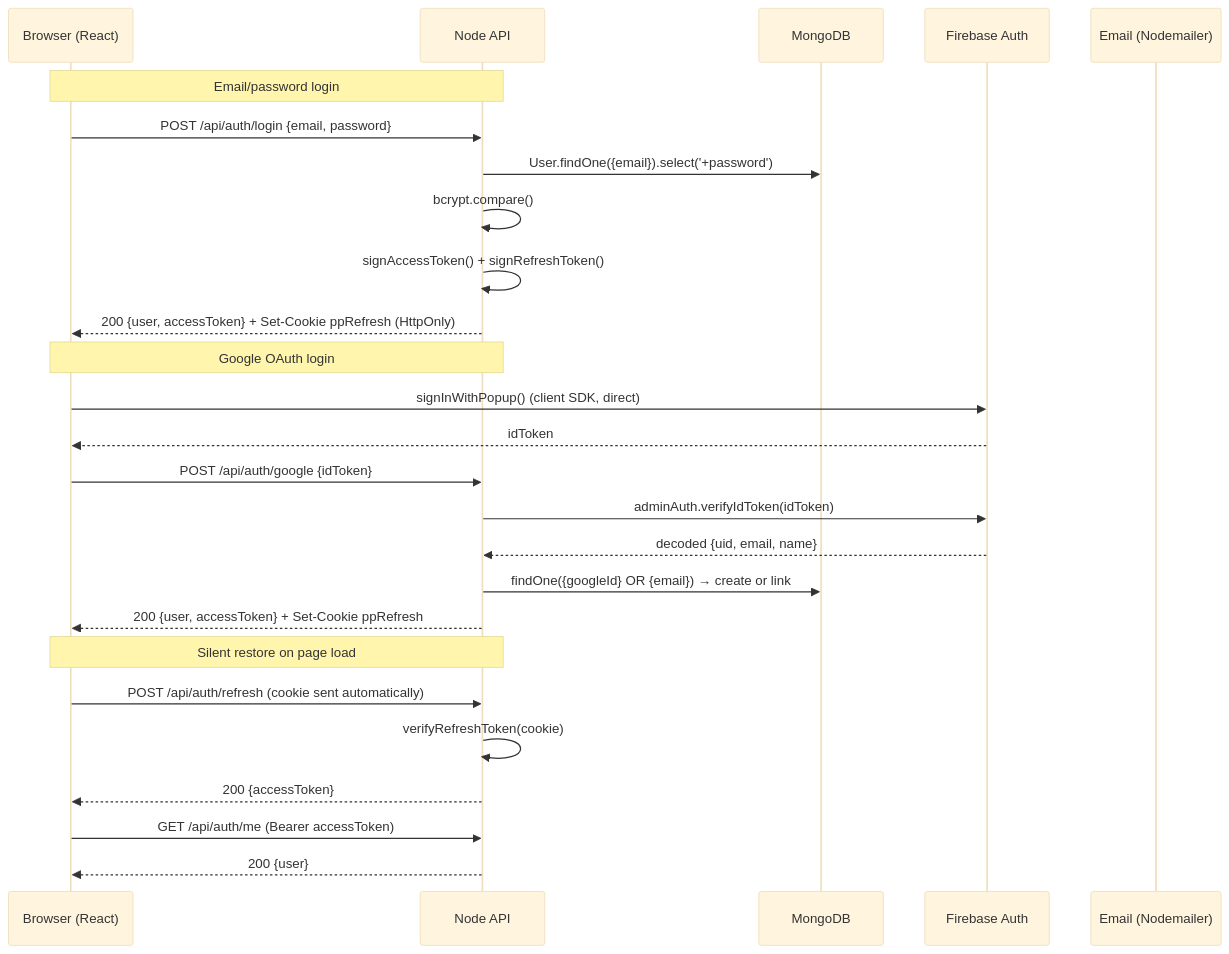
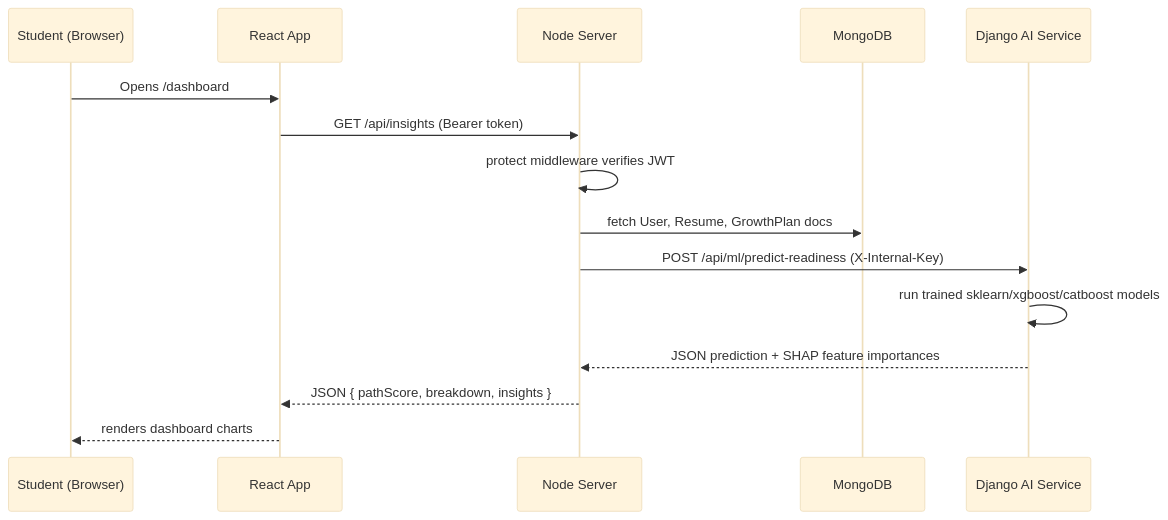
One commit to Krishshah23/pathpilot-ai changed the second of 4 diagrams in pathpilot_documentation.md. Above: the diagram before and after it, drawn with Mermaid (base theme). The commit also changed other lines of this file and 10 other files, not shown here.

````diff
--- a/pathpilot_documentation.md
+++ b/pathpilot_documentation.md
@@ -238,31 +101,18 @@
 ```mermaid
 sequenceDiagram
-    participant U as Browser (React)
-    participant N as Node API
+    participant U as Student (Browser)
+    participant C as React App
+    participant S as Node Server
     participant M as MongoDB
-    participant FB as Firebase Auth
-    participant E as Email (Nodemailer)
+    participant D as Django AI Service
 
-    Note over U,N: Email/password login
-    U->>N: POST /api/auth/login {email, password}
-    N->>M: User.findOne({email}).select('+password')
-    N->>N: bcrypt.compare()
-    N->>N: signAccessToken() + signRefreshToken()
-    N-->>U: 200 {user, accessToken} + Set-Cookie ppRefresh (HttpOnly)
-
-    Note over U,N: Google OAuth login
-    U->>FB: signInWithPopup() (client SDK, direct)
-    FB-->>U: idToken
-    U->>N: POST /api/auth/google {idToken}
-    N->>FB: adminAuth.verifyIdToken(idToken)
-    FB-->>N: decoded {uid, email, name}
-    N->>M: findOne({googleId} OR {email}) → create or link
-    N-->>U: 200 {user, accessToken} + Set-Cookie ppRefresh
-
-    Note over U,N: Silent restore on page load
-    U->>N: POST /api/auth/refresh (cookie sent automatically)
-    N->>N: verifyRefreshToken(cookie)
-    N-->>U: 200 {accessToken}
-    U->>N: GET /api/auth/me (Bearer accessToken)
-    N-->>U: 200 {user}
+    U->>C: Opens /dashboard
+    C->>S: GET /api/insights (Bearer token)
+    S->>S: protect middleware verifies JWT
+    S->>M: fetch User, Resume, GrowthPlan docs
+    S->>D: POST /api/ml/predict-readiness (X-Internal-Key)
+    D->>D: run trained sklearn/xgboost/catboost models
+    D-->>S: JSON prediction + SHAP feature importances
+    S-->>C: JSON { pathScore, breakdown, insights }
+    C-->>U: renders dashboard charts
 ```
````
